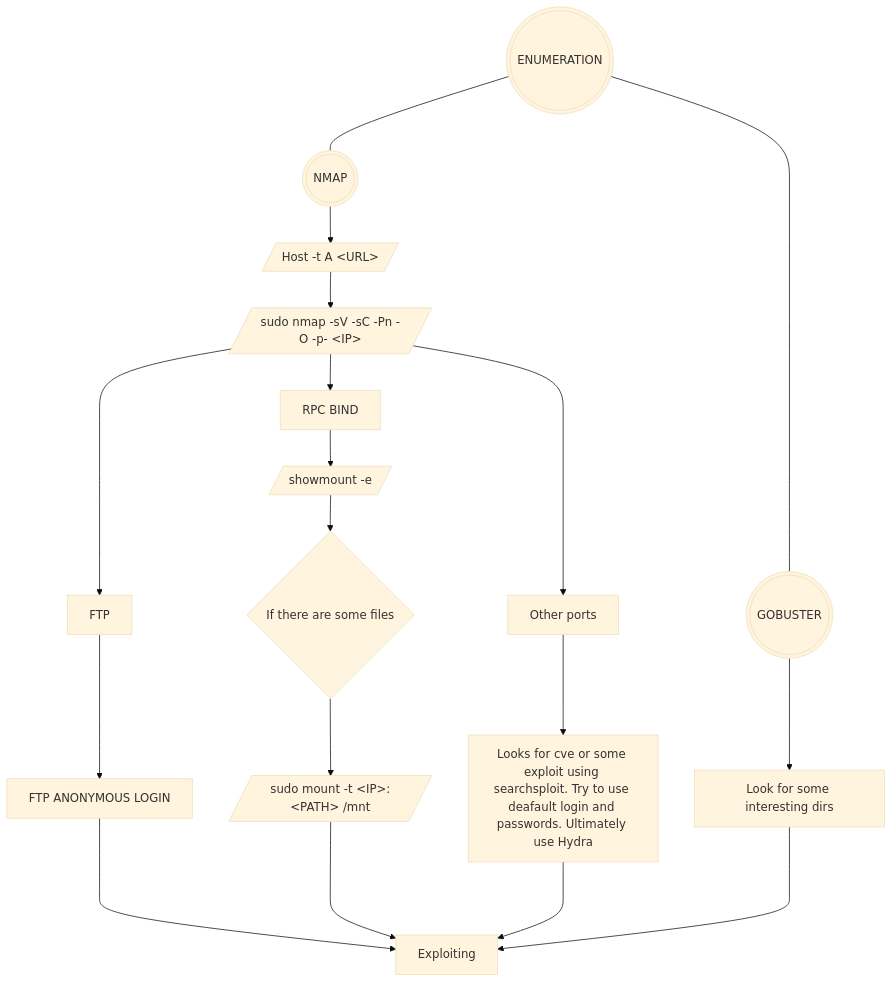
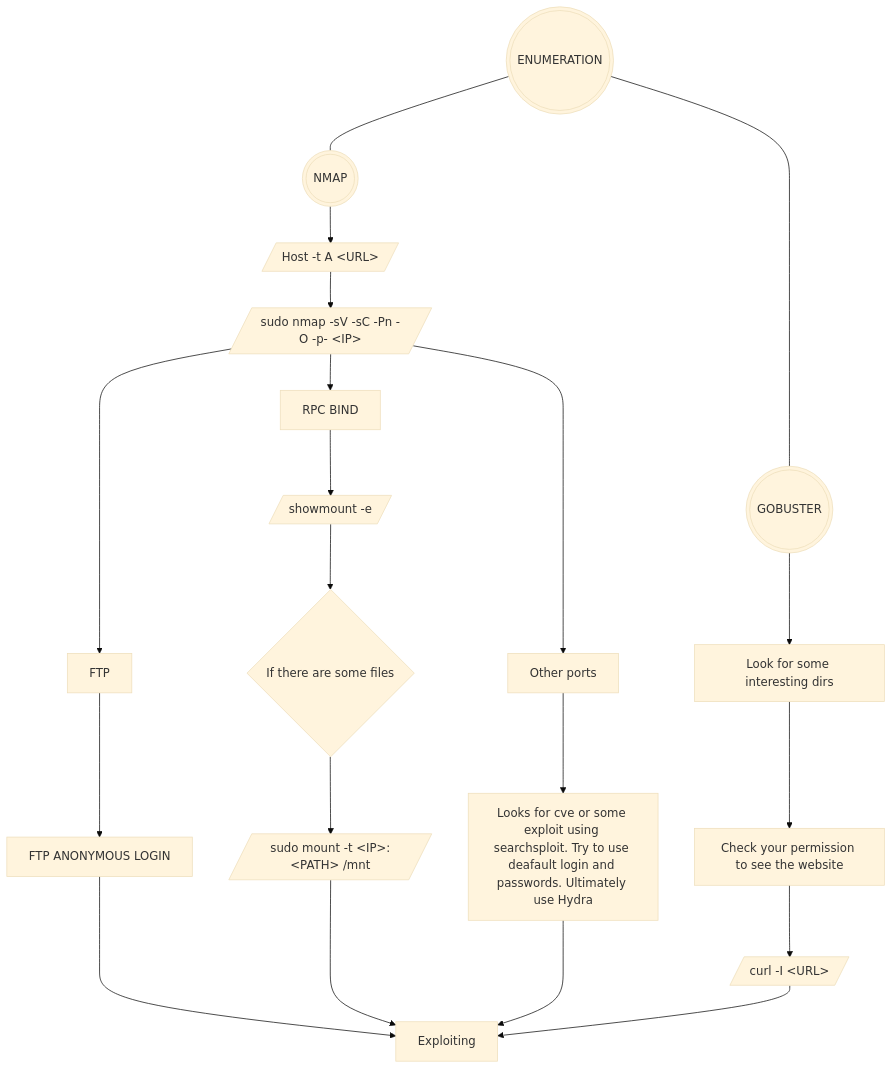
The diagram in README.md (Vondri/Web-Penetration-Testing-Algorithm), drawn with Mermaid (base theme) before and after one commit. The commit also changed other lines of this file, not shown here.

````diff
--- a/README.md
+++ b/README.md
@@ -12,31 +16,33 @@
 ```mermaid
 graph TD;
     enum(((ENUMERATION))) --- nmap(((NMAP))) & gobuster(((GOBUSTER))) 
     
     %% ----------------------------- NMAP -----------------------------
     
     nmap --> host[/"Host -t A &lt;URL&gt;"/] 
     host --> nmap_cmd[/"sudo nmap -sV -sC -Pn -O -p- &lt;IP&gt;"/]
     nmap_cmd --> ftp[FTP] & rpcbind[RPC BIND] & nmap_other[Other ports]
     ftp --> ftp_anon[FTP ANONYMOUS LOGIN]
     ftp_anon ---> exploit[Exploiting]
     
     rpcbind --> rpcbind_showmount[/showmount -e <IP>/]
     rpcbind_showmount --> rpc_bind_showmount_if{If there are some files}
     rpc_bind_showmount_if --> rpc_bind_showmount_if_yes[/"sudo mount #45;t &lt;IP&gt;:&lt;PATH&gt; #47;mnt"/]
     rpc_bind_showmount_if_yes ---> exploit
     
     nmap_other --> nmap_other_hint[Looks for cve or some exploit using searchsploit. Try to use deafault login and passwords. Ultimately use Hydra]
     nmap_other_hint ---> exploit
     
     %% ----------------------------- GOBUSTER -----------------------------
     
     gobuster --> gobuster_hint[Look for some interesting dirs]
-    gobuster_hint ---> exploit
+    gobuster_hint --> curl_check[Check your permission to see the website]
+    curl_check --> curl_cmd[/"curl -I &lt;URL&gt;"/]
+    curl_cmd --> exploit
     
     
     
     click nmap href "https://nmap.org" _blank
     click gobuster href "https://github.com/OJ/gobuster" _blank
     click nmap_other_hint href "https://github.com/vanhauser-thc/thc-hydra" _blank
 ```
````
